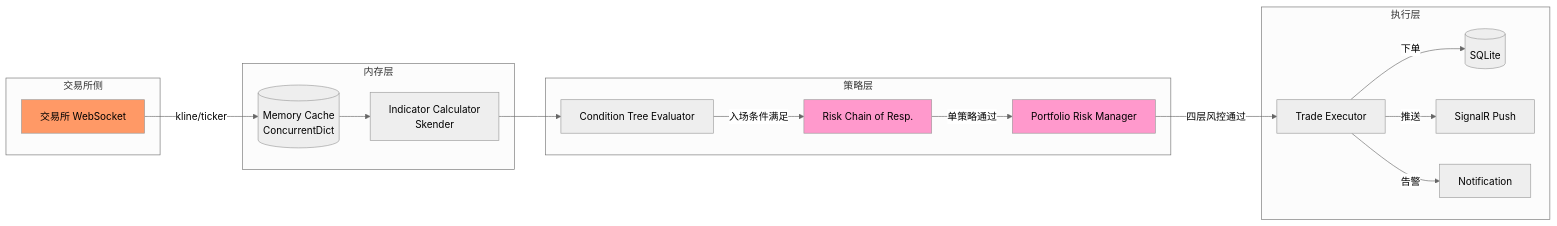
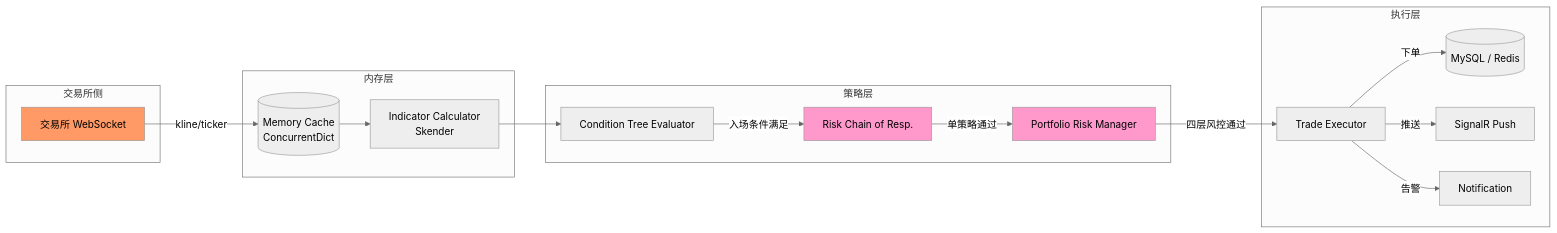
One commit to bambuo/TradeX changed diagram 12 of 27 in docs/03-设计规范.md. Above: the diagram before and after it, drawn with Mermaid (neutral theme). The commit also changed other lines of this file and 23 other files, not shown here.

````diff
--- a/docs/03-设计规范.md
+++ b/docs/03-设计规范.md
@@ -783,38 +792,38 @@
 ```mermaid
 flowchart LR
   subgraph 交易所侧
     WS[交易所 WebSocket]
   end
 
   subgraph 内存层
     MC[(Memory Cache<br/>ConcurrentDict)]
     IC[Indicator Calculator<br/>Skender]
   end
 
   subgraph 策略层
     CT[Condition Tree Evaluator]
     RC[Risk Chain of Resp.]
     PRC[Portfolio Risk Manager]
   end
 
   subgraph 执行层
     EX[Trade Executor]
-    DB[(SQLite)]
+    DB[(MySQL / Redis)]
     SR[SignalR Push]
     NF[Notification]
   end
 
   WS -- "kline/ticker" --> MC
   MC --> IC
   IC --> CT
   CT -- "入场条件满足" --> RC
   RC -- "单策略通过" --> PRC
   PRC -- "四层风控通过" --> EX
   EX -- "下单" --> DB
   EX -- "推送" --> SR
   EX -- "告警" --> NF
 
   style WS fill:#f96
   style RC fill:#f9c
   style PRC fill:#f9c
 ```
````
